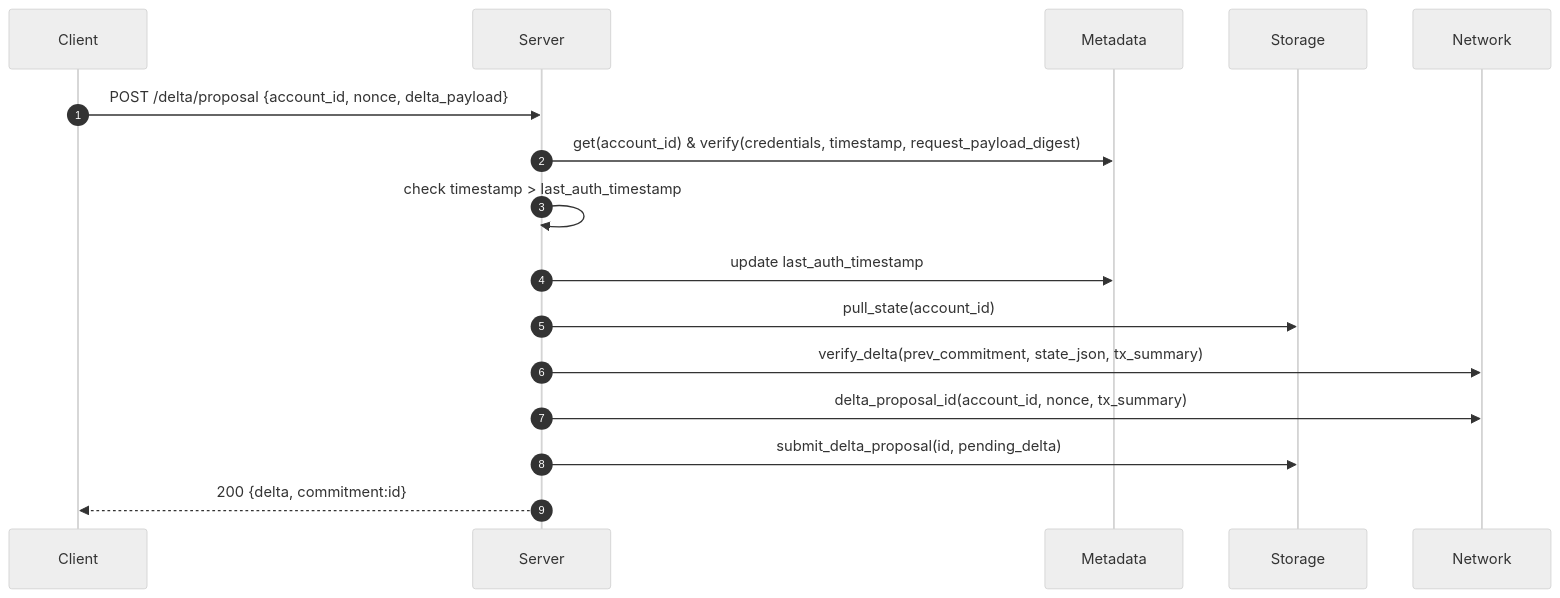
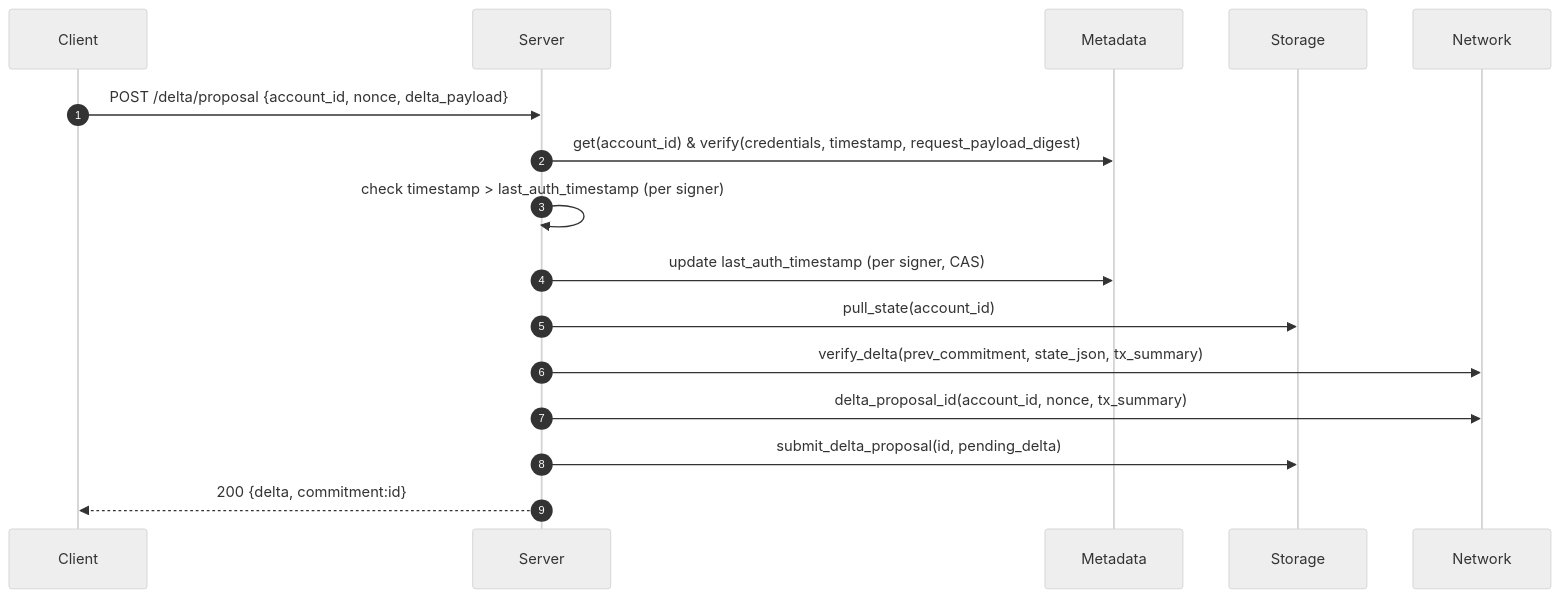
One commit to OpenZeppelin/guardian changed the sixth of 10 diagrams in spec/processes.md. Above: the diagram before and after it, drawn with Mermaid (neutral theme). The commit also changed other lines of this file and 31 other files, not shown here.

First line of the commit message:
feat(auth): scope replay protection state per signer + retry (#406)

````diff
--- a/spec/processes.md
+++ b/spec/processes.md
@@ -128,18 +135,18 @@
 ```mermaid
 sequenceDiagram
   autonumber
   participant C as Client
   participant S as Server
   participant M as Metadata
   participant ST as Storage
   participant N as Network
   C->>S: POST /delta/proposal {account_id, nonce, delta_payload}
   S->>M: get(account_id) & verify(credentials, timestamp, request_payload_digest)
-  S->>S: check timestamp > last_auth_timestamp
-  S->>M: update last_auth_timestamp
+  S->>S: check timestamp > last_auth_timestamp (per signer)
+  S->>M: update last_auth_timestamp (per signer, CAS)
   S->>ST: pull_state(account_id)
   S->>N: verify_delta(prev_commitment, state_json, tx_summary)
   S->>N: delta_proposal_id(account_id, nonce, tx_summary)
   S->>ST: submit_delta_proposal(id, pending_delta)
   S-->>C: 200 {delta, commitment:id}
 ```
````
